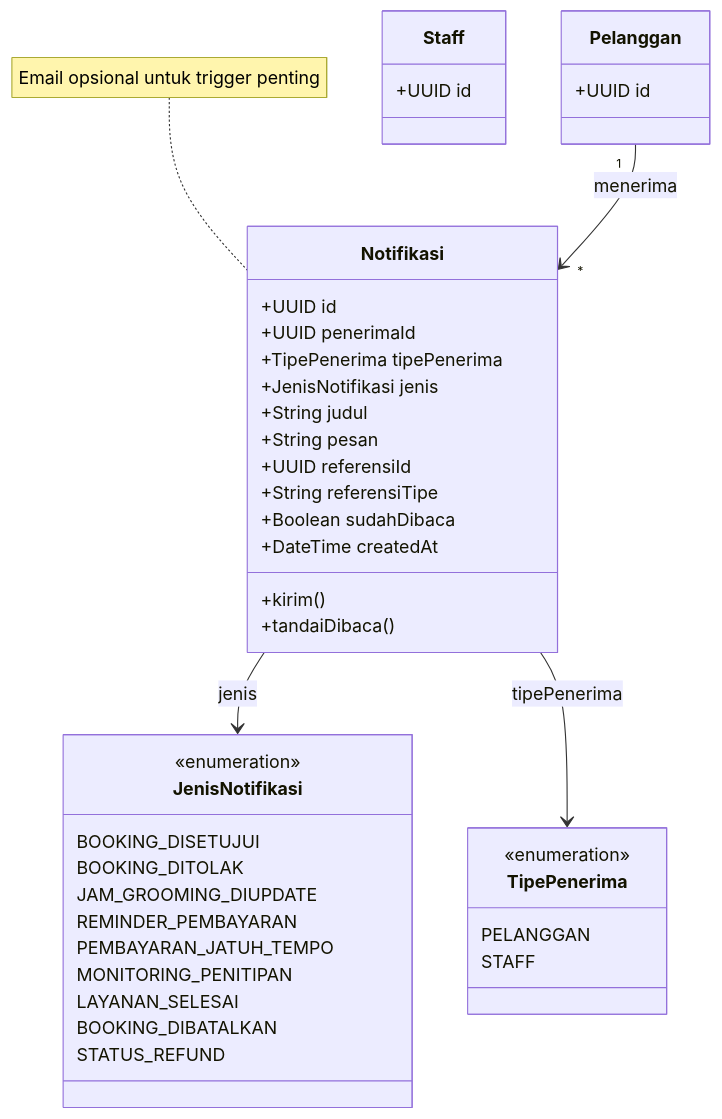
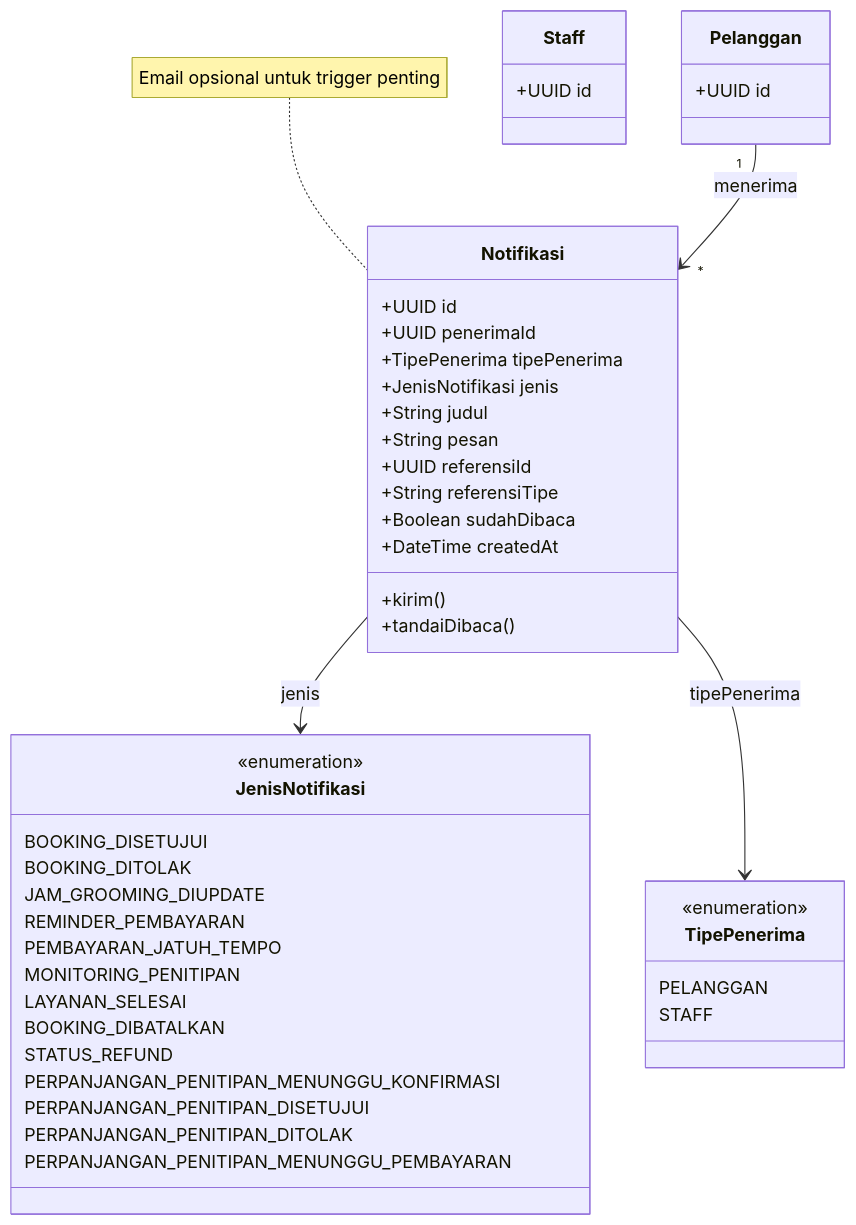
One commit to nonamebkz/pet-hotel changed the tenth of 11 diagrams in diagrams/class/class-diagram.md. Above: the diagram before and after it, drawn with Mermaid. The commit also changed other lines of this file and 24 other files, not shown here.

Commit message:
Add support for pet boarding extension requests, including new database schema, updated diagrams, and modified activity flows. Enhance transaction handling for extensions and update related documentation.

````diff
--- a/diagrams/class/class-diagram.md
+++ b/diagrams/class/class-diagram.md
@@ -780,52 +834,56 @@
 ```mermaid
 classDiagram
     direction TB
 
     class Notifikasi {
         +UUID id
         +UUID penerimaId
         +TipePenerima tipePenerima
         +JenisNotifikasi jenis
         +String judul
         +String pesan
         +UUID referensiId
         +String referensiTipe
         +Boolean sudahDibaca
         +DateTime createdAt
         +kirim()
         +tandaiDibaca()
     }
 
     class Pelanggan {
         +UUID id
     }
 
     class Staff {
         +UUID id
     }
 
     class JenisNotifikasi {
         <<enumeration>>
         BOOKING_DISETUJUI
         BOOKING_DITOLAK
         JAM_GROOMING_DIUPDATE
         REMINDER_PEMBAYARAN
         PEMBAYARAN_JATUH_TEMPO
         MONITORING_PENITIPAN
         LAYANAN_SELESAI
         BOOKING_DIBATALKAN
         STATUS_REFUND
+        PERPANJANGAN_PENITIPAN_MENUNGGU_KONFIRMASI
+        PERPANJANGAN_PENITIPAN_DISETUJUI
+        PERPANJANGAN_PENITIPAN_DITOLAK
+        PERPANJANGAN_PENITIPAN_MENUNGGU_PEMBAYARAN
     }
 
     class TipePenerima {
         <<enumeration>>
         PELANGGAN
         STAFF
     }
 
     Pelanggan "1" --> "*" Notifikasi : menerima
     Notifikasi --> JenisNotifikasi : jenis
     Notifikasi --> TipePenerima : tipePenerima
 
     note for Notifikasi "Email opsional untuk trigger penting"
 ```
````
